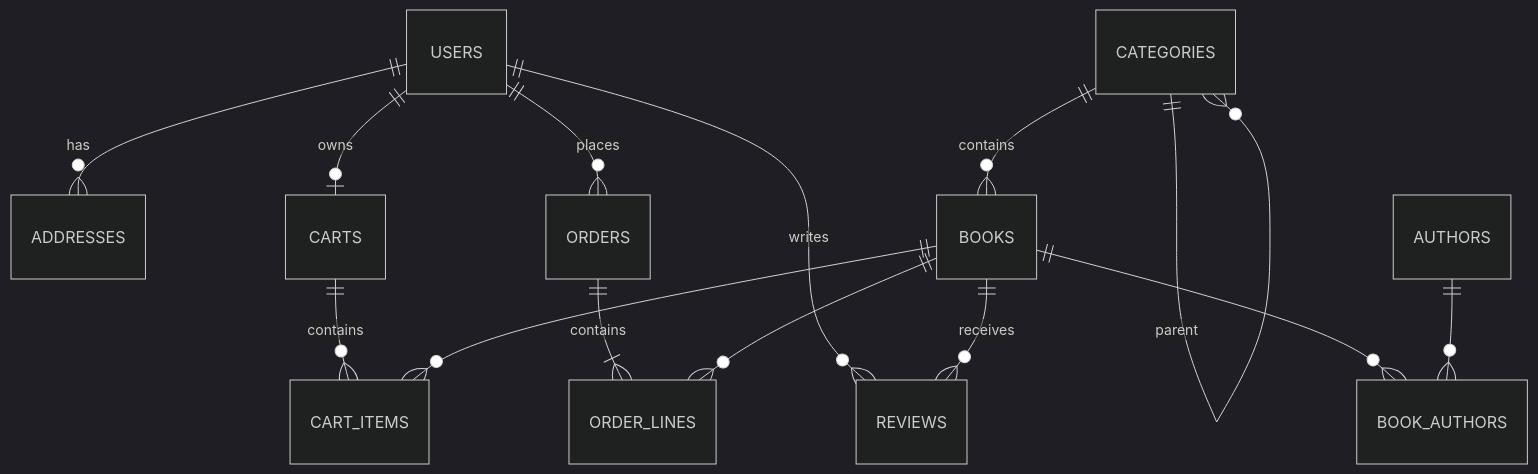
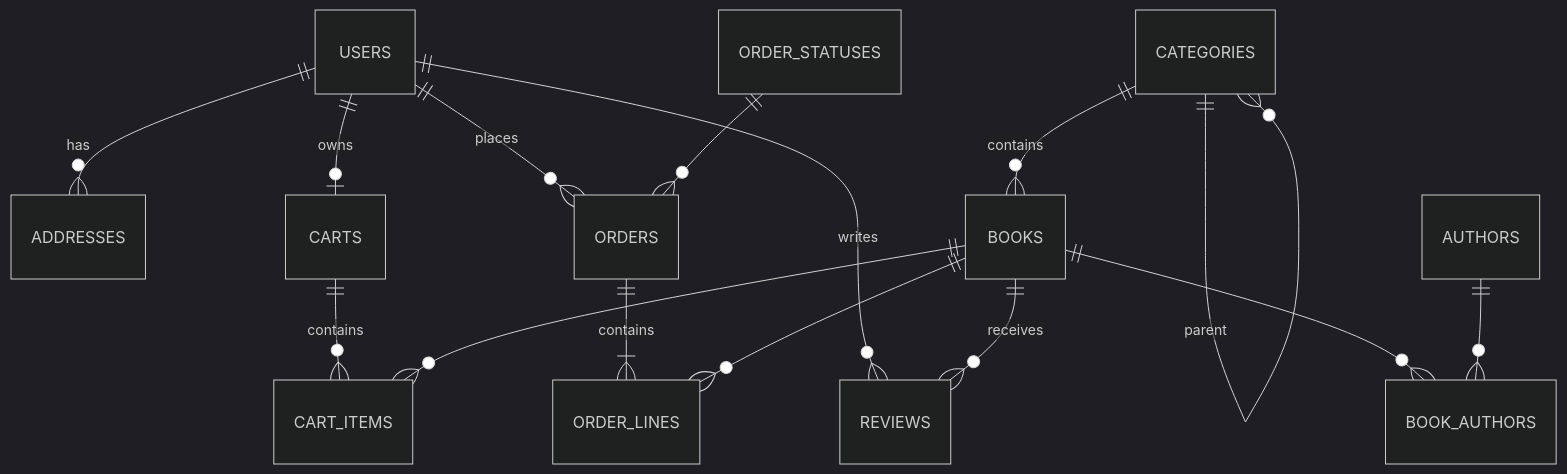
The third of 3 diagrams in docs/ARCHITECTURE.md (omerberatt/book-store), drawn with Mermaid (dark theme) before and after one commit. The commit also changed other lines of this file and 23 other files, not shown here.

````diff
--- a/docs/ARCHITECTURE.md
+++ b/docs/ARCHITECTURE.md
@@ -230,16 +178,17 @@
 ```mermaid
 erDiagram
     USERS ||--o{ ADDRESSES : has
     USERS ||--o| CARTS : owns
     USERS ||--o{ ORDERS : places
     USERS ||--o{ REVIEWS : writes
     CATEGORIES ||--o{ CATEGORIES : parent
     CATEGORIES ||--o{ BOOKS : contains
     BOOKS ||--o{ BOOK_AUTHORS : ""
     AUTHORS ||--o{ BOOK_AUTHORS : ""
     CARTS ||--o{ CART_ITEMS : contains
     BOOKS ||--o{ CART_ITEMS : ""
     ORDERS ||--|{ ORDER_LINES : contains
+    ORDER_STATUSES ||--o{ ORDERS : ""
     BOOKS ||--o{ ORDER_LINES : ""
     BOOKS ||--o{ REVIEWS : receives
 ```
````
